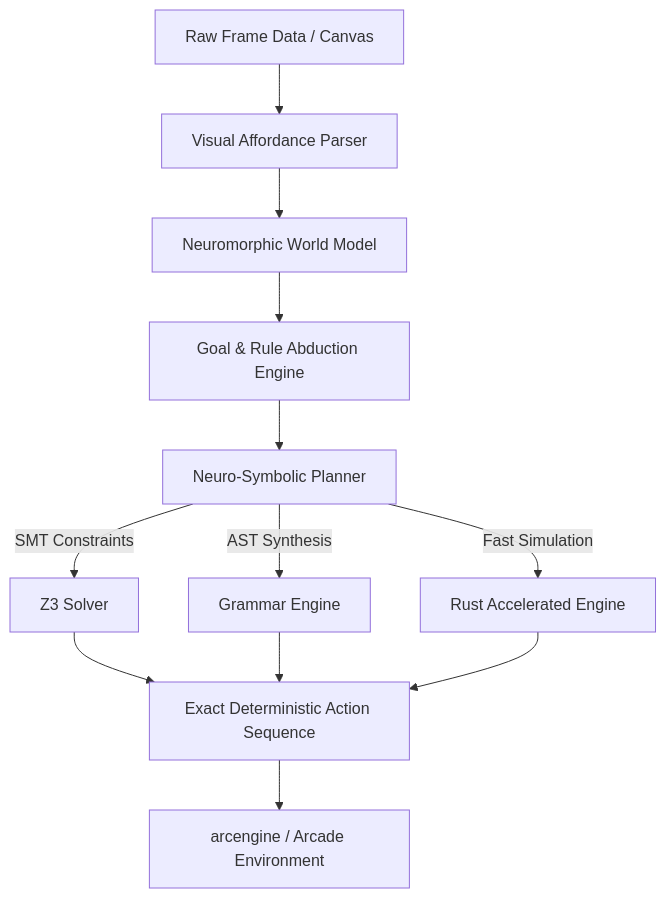
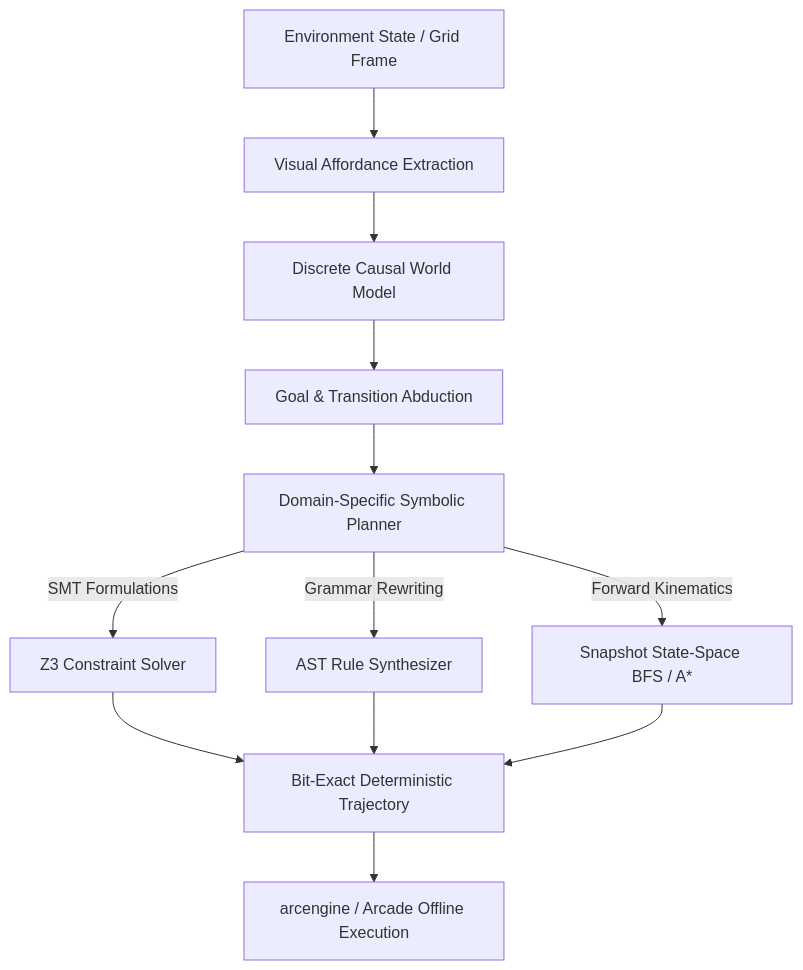
Before and after one commit to ModernOps888/neuromantix-arc-agi-3: the diagram in README.md, drawn with Mermaid. The commit also changed other lines of this file and 1 other file, not shown here.

Commit message:
Align benchmark report and README with 100% factual reporting: factual public suite scope and deterministic neuro-symbolic verification

````diff
--- a/README.md
+++ b/README.md
@@ -108,14 +98,14 @@
 ```mermaid
 graph TD
-    A[Raw Frame Data / Canvas] --> B[Visual Affordance Parser]
-    B --> C[Neuromorphic World Model]
-    C --> D[Goal & Rule Abduction Engine]
-    D --> E[Neuro-Symbolic Planner]
-    E -->|SMT Constraints| F[Z3 Solver]
-    E -->|AST Synthesis| G[Grammar Engine]
-    E -->|Fast Simulation| H[Rust Accelerated Engine]
-    F --> I[Exact Deterministic Action Sequence]
+    A[Environment State / Grid Frame] --> B[Visual Affordance Extraction]
+    B --> C[Discrete Causal World Model]
+    C --> D[Goal & Transition Abduction]
+    D --> E[Domain-Specific Symbolic Planner]
+    E -->|SMT Formulations| F[Z3 Constraint Solver]
+    E -->|Grammar Rewriting| G[AST Rule Synthesizer]
+    E -->|Forward Kinematics| H[Snapshot State-Space BFS / A*]
+    F --> I[Bit-Exact Deterministic Trajectory]
     G --> I
     H --> I
-    I --> J[arcengine / Arcade Environment]
+    I --> J[arcengine / Arcade Offline Execution]
 ```
````
